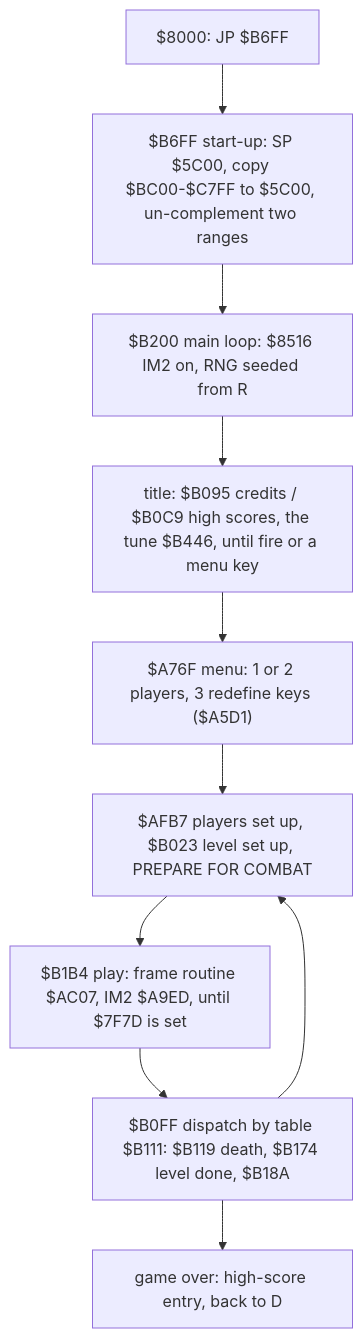
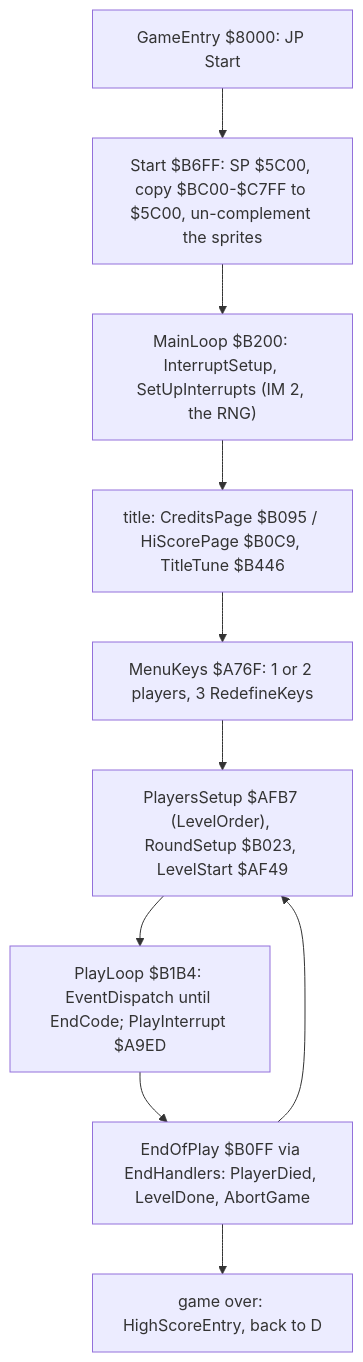
Before and after one commit to alfishe/unrealng-reverse-cases: the diagram in games/zynaps/docs/02-architecture.md, drawn with Mermaid. The commit also changed other lines of this file and 213 other files, not shown here.

````diff
--- a/games/zynaps/docs/02-architecture.md
+++ b/games/zynaps/docs/02-architecture.md
@@ -74,12 +60,12 @@
 ```mermaid
 flowchart TD
-  A["$8000: JP $B6FF"] --> B["$B6FF start-up: SP $5C00, copy $BC00-$C7FF to $5C00, un-complement two ranges"]
-  B --> C["$B200 main loop: $8516 IM2 on, RNG seeded from R"]
-  C --> D["title: $B095 credits / $B0C9 high scores, the tune $B446, until fire or a menu key"]
-  D --> E["$A76F menu: 1 or 2 players, 3 redefine keys ($A5D1)"]
-  E --> F["$AFB7 players set up, $B023 level set up, PREPARE FOR COMBAT"]
-  F --> G["$B1B4 play: frame routine $AC07, IM2 $A9ED, until $7F7D is set"]
-  G --> H["$B0FF dispatch by table $B111: $B119 death, $B174 level done, $B18A"]
+  A["GameEntry $8000: JP Start"] --> B["Start $B6FF: SP $5C00, copy $BC00-$C7FF to $5C00, un-complement the sprites"]
+  B --> C["MainLoop $B200: InterruptSetup, SetUpInterrupts (IM 2, the RNG)"]
+  C --> D["title: CreditsPage $B095 / HiScorePage $B0C9, TitleTune $B446"]
+  D --> E["MenuKeys $A76F: 1 or 2 players, 3 RedefineKeys"]
+  E --> F["PlayersSetup $AFB7 (LevelOrder), RoundSetup $B023, LevelStart $AF49"]
+  F --> G["PlayLoop $B1B4: EventDispatch until EndCode; PlayInterrupt $A9ED"]
+  G --> H["EndOfPlay $B0FF via EndHandlers: PlayerDied, LevelDone, AbortGame"]
   H --> F
-  H --> I["game over: high-score entry, back to D"]
+  H --> I["game over: HighScoreEntry, back to D"]
 ```
````
